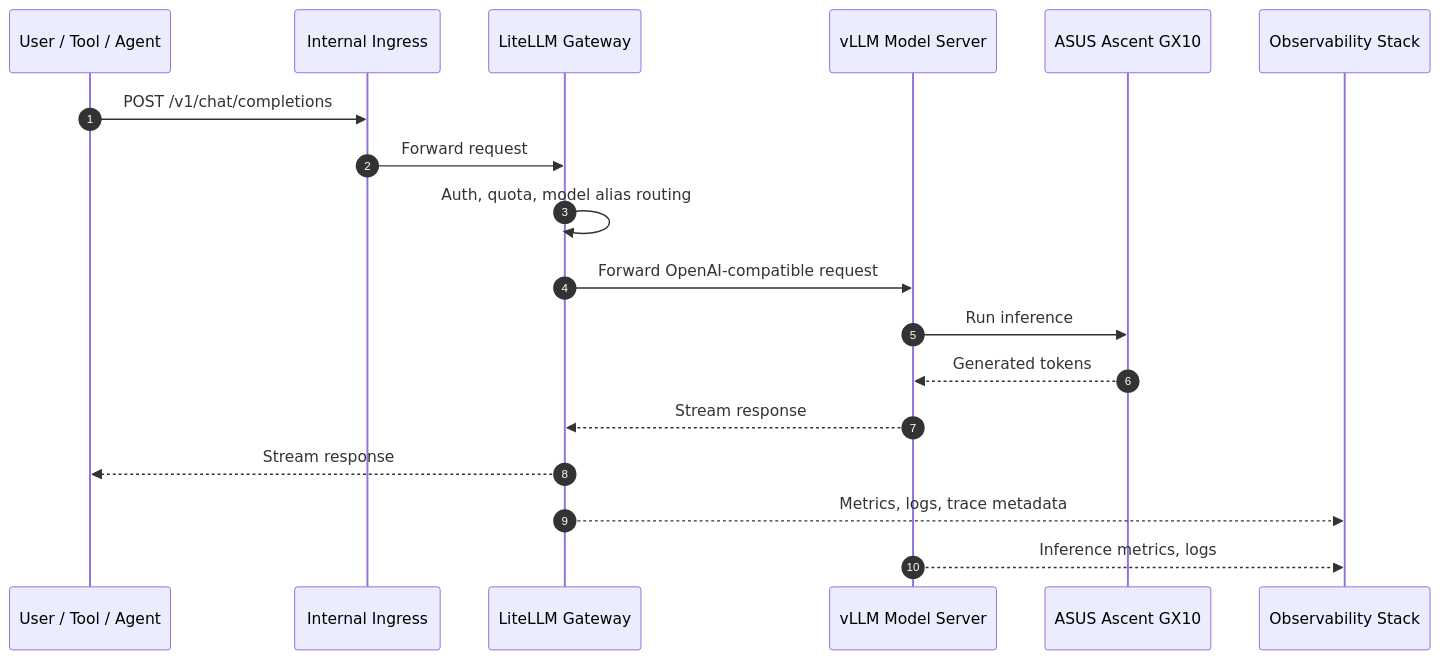
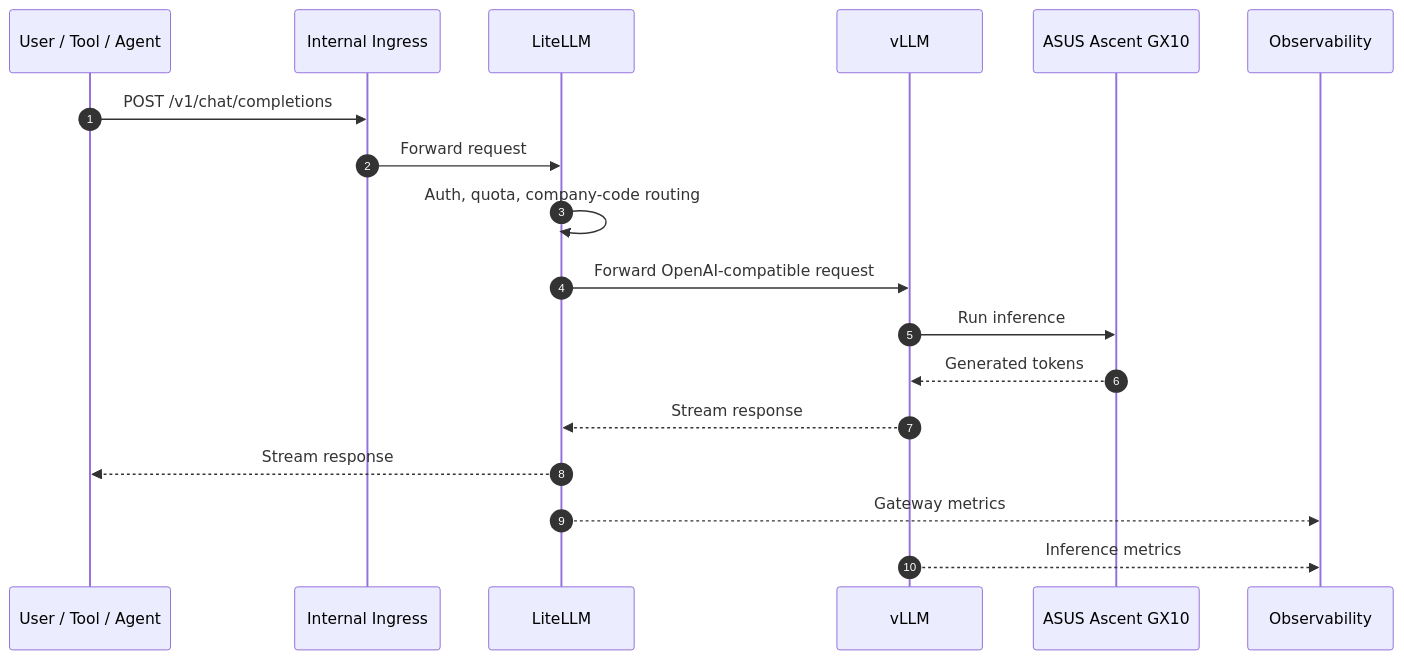
The first of 2 diagrams in docs/architecture.md (CopyPasteFail/llm-on-prem), drawn with Mermaid before and after one commit. The commit also changed other lines of this file, not shown here.

Commit message:
Align architecture with v0.1.0 GitOps model

````diff
--- a/docs/architecture.md
+++ b/docs/architecture.md
@@ -19,21 +24,21 @@
 ```mermaid
 sequenceDiagram
     autonumber
     participant User as User / Tool / Agent
     participant Ingress as Internal Ingress
-    participant Gateway as LiteLLM Gateway
-    participant VLLM as vLLM Model Server
+    participant Gateway as LiteLLM
+    participant VLLM as vLLM
     participant GX10 as ASUS Ascent GX10
-    participant Obs as Observability Stack
+    participant Obs as Observability
 
     User->>Ingress: POST /v1/chat/completions
     Ingress->>Gateway: Forward request
-    Gateway->>Gateway: Auth, quota, model alias routing
+    Gateway->>Gateway: Auth, quota, company-code routing
     Gateway->>VLLM: Forward OpenAI-compatible request
     VLLM->>GX10: Run inference
     GX10-->>VLLM: Generated tokens
     VLLM-->>Gateway: Stream response
     Gateway-->>User: Stream response
-    Gateway-->>Obs: Metrics, logs, trace metadata
-    VLLM-->>Obs: Inference metrics, logs
+    Gateway-->>Obs: Gateway metrics
+    VLLM-->>Obs: Inference metrics
 ```
````
